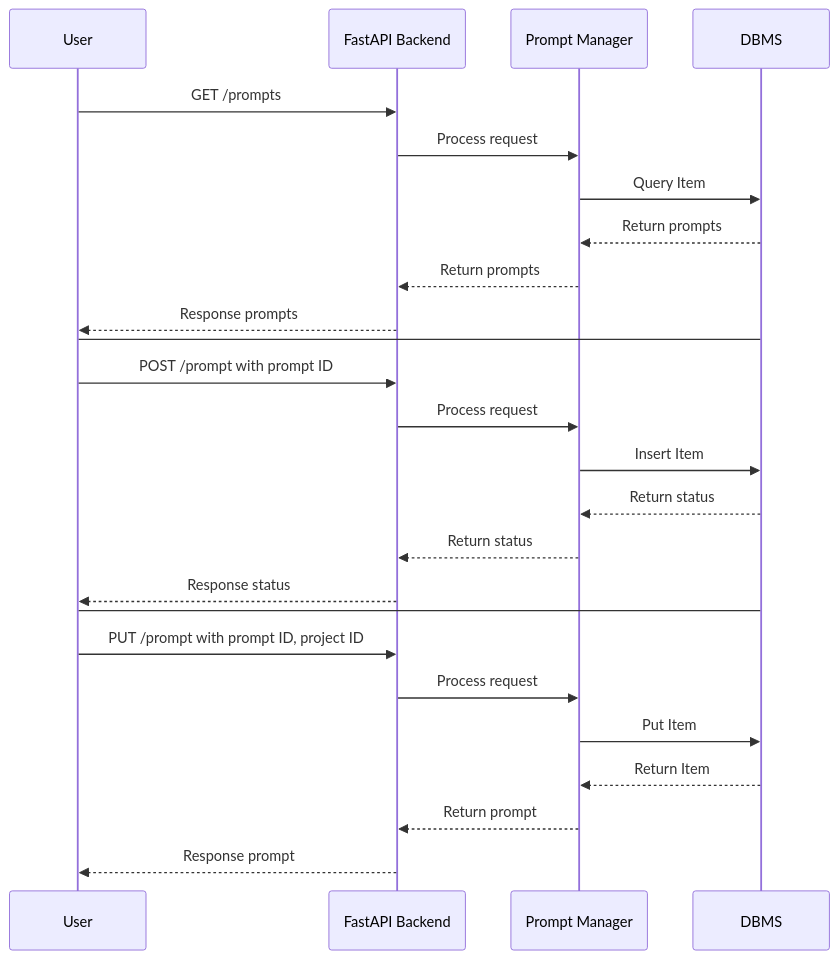
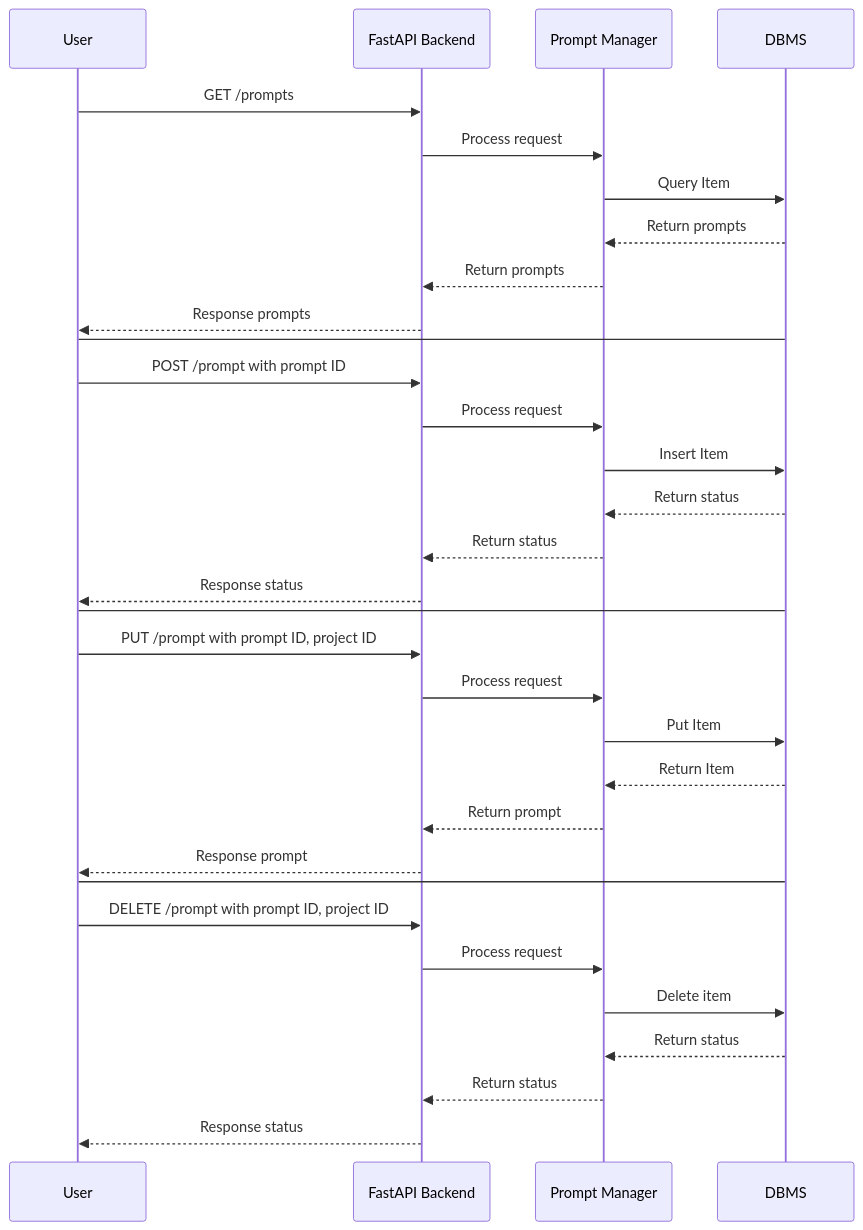
Before and after one commit to MLWoops/better-assistant-be: the third of 5 diagrams in README.md, drawn with Mermaid.

Commit message:
UDPATE sequence diagram for prompt serivce's delete method

````diff
--- a/README.md
+++ b/README.md
@@ -170,33 +170,42 @@
 ```mermaid
 sequenceDiagram
     participant User
     participant API as FastAPI Backend
     participant PM as Prompt Manager
     participant DB as DBMS
 
     User->>API: GET /prompts
     API->>PM: Process request
     PM->>DB: Query Item
     DB-->>PM: Return prompts
     PM-->>API: Return prompts
     API-->>User: Response prompts
 
     User->DB: 
 
     User->>API: POST /prompt with prompt ID
     API->>PM: Process request
     PM->>DB: Insert Item
     DB-->>PM: Return status
     PM-->>API: Return status
     API-->>User: Response status
     
     User->DB: 
 
     User->>API: PUT /prompt with prompt ID, project ID
     API->>PM: Process request
     PM->>DB: Put Item
     DB-->>PM: Return Item
     PM-->>API: Return prompt
     API-->>User: Response prompt
 
+    User->DB: 
+
+    User->>API: DELETE /prompt with prompt ID, project ID
+    API->>PM: Process request
+    PM->>DB: Delete item
+    DB-->>PM: Return status
+    PM-->>API: Return status
+    API-->>User: Response status
+
 ```
````
